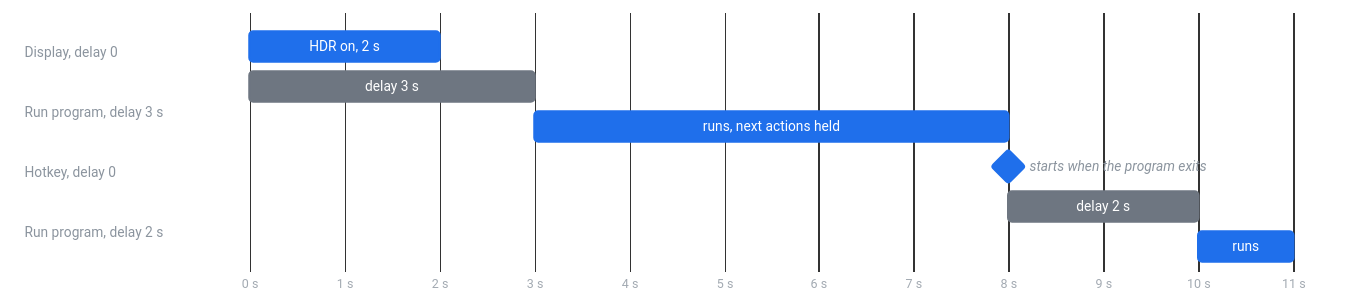
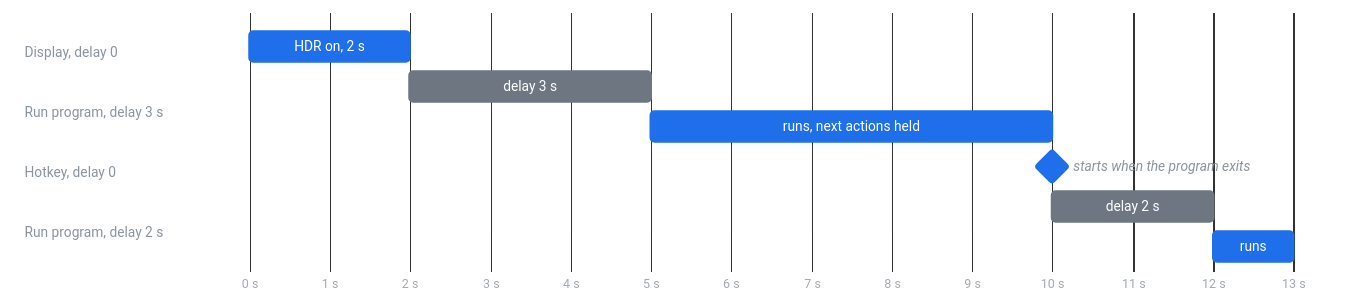
The diagram in docs/diagrams/actions-timeline.mmd (Fr0stX76/AutoTrigger), drawn with Mermaid before and after one commit. The commit also changed 84 other files, not shown here.

```diff
--- a/docs/diagrams/actions-timeline.mmd
+++ b/docs/diagrams/actions-timeline.mmd
@@ -1,14 +1,14 @@
 %%{init: {"theme": "base", "gantt": {"leftPadding": 190, "barHeight": 24, "barGap": 8}, "themeVariables": {"fontSize": "14px", "textColor": "#8b949e", "titleColor": "#8b949e", "sectionBkgColor": "transparent", "altSectionBkgColor": "transparent", "sectionBkgColor2": "transparent", "gridColor": "#8b949e", "taskBkgColor": "#1f6feb", "taskBorderColor": "#1f6feb", "taskTextColor": "#ffffff", "taskTextLightColor": "#ffffff", "taskTextOutsideColor": "#8b949e", "taskTextDarkColor": "#ffffff", "activeTaskBkgColor": "#6e7681", "activeTaskBorderColor": "#6e7681", "critBkgColor": "#8957e5", "critBorderColor": "#8957e5", "todayLineColor": "transparent"}, "themeCSS": ".grid .tick line { stroke: #8b949e; opacity: 0.35; } .grid path { stroke-width: 0; }"}}%%
 gantt
   dateFormat X
   axisFormat %-S s
   section Display, delay 0
     HDR on, 2 s : a1, 0, 2s
   section Run program, delay 3 s
-    delay 3 s : active, d1, 0, 3s
+    delay 3 s : active, d1, after a1, 3s
     runs, next actions held : a2, after d1, 5s
   section Hotkey, delay 0
     starts when the program exits : milestone, m1, after a2, 0s
   section Run program, delay 2 s
     delay 2 s : active, d2, after a2, 2s
     runs : a4, after d2, 1s
```
